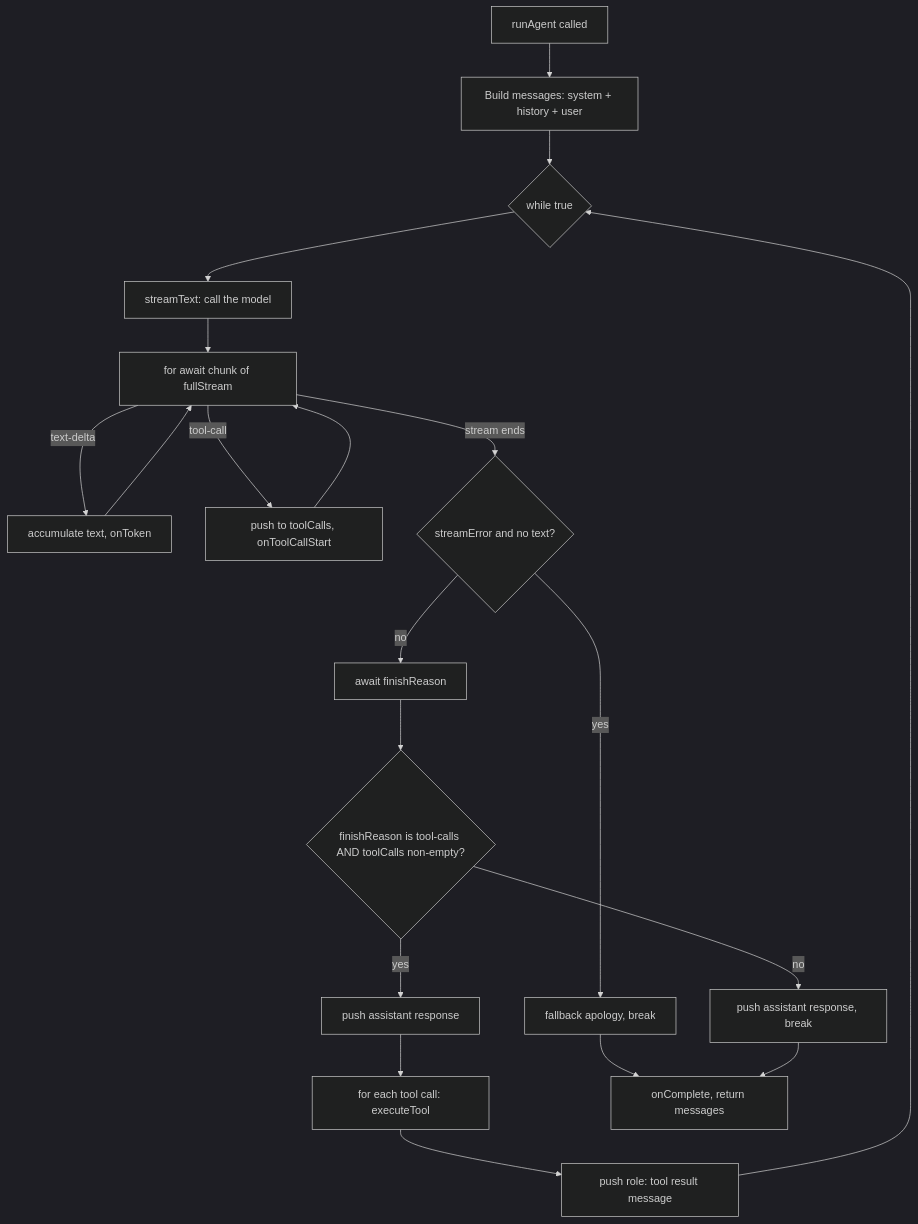
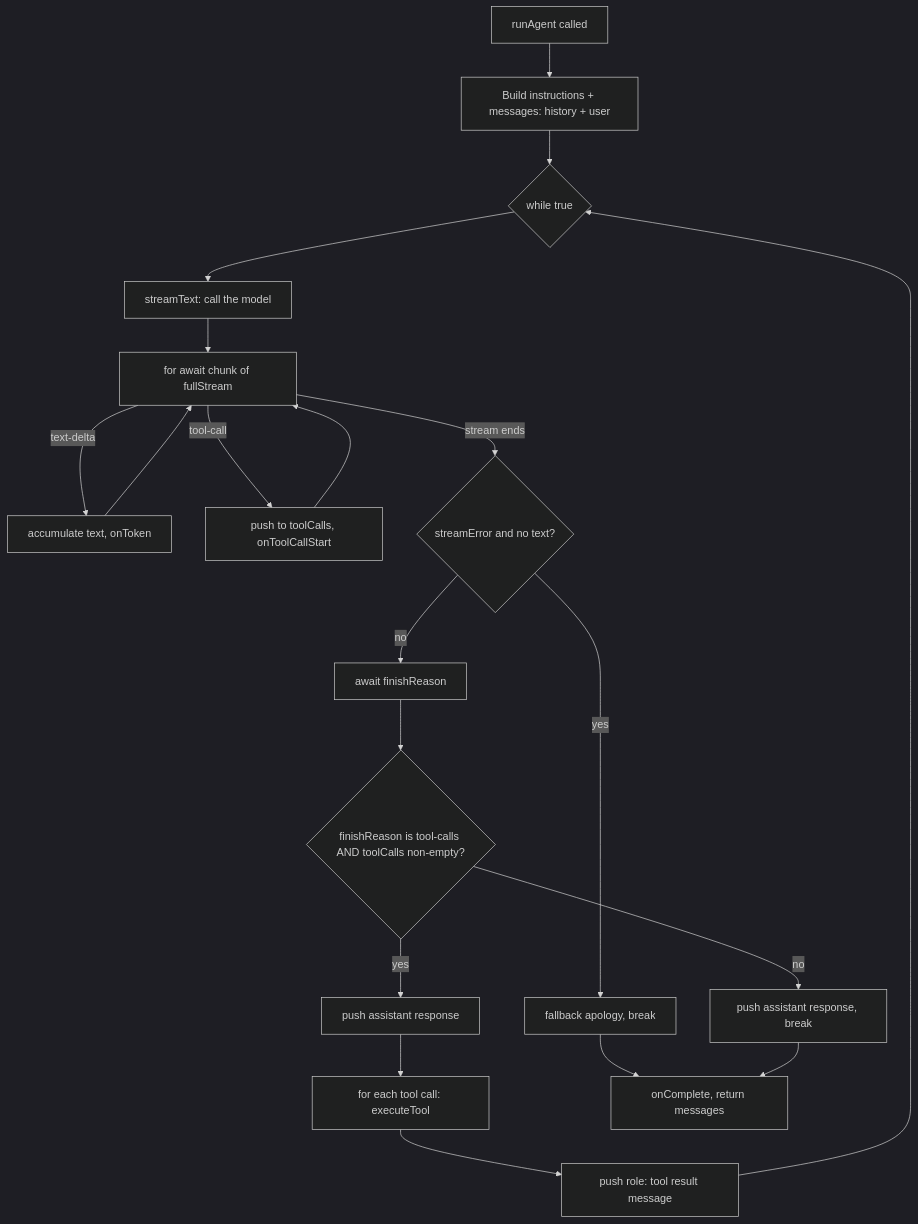
One commit to nitink2306/agents-v2-fem changed the diagram in src/agent/run.md. Above: the diagram before and after it, drawn with Mermaid (dark theme). The commit also changed other lines of this file and 7 other files, not shown here.

````diff
--- a/src/agent/run.md
+++ b/src/agent/run.md
@@ -20,22 +49,22 @@
 ```mermaid
 flowchart TD
-    A[runAgent called] --> B[Build messages: system + history + user]
+    A[runAgent called] --> B[Build instructions + messages: history + user]
     B --> C{while true}
     C --> D[streamText: call the model]
     D --> E[for await chunk of fullStream]
     E -->|text-delta| F[accumulate text, onToken]
     E -->|tool-call| G[push to toolCalls, onToolCallStart]
     F --> E
     G --> E
     E -->|stream ends| H{streamError and no text?}
     H -->|yes| I[fallback apology, break]
     H -->|no| J[await finishReason]
     J --> K{finishReason is tool-calls AND toolCalls non-empty?}
     K -->|no| L[push assistant response, break]
     K -->|yes| M[push assistant response]
     M --> N[for each tool call: executeTool]
     N --> O[push role: tool result message]
     O --> C
     I --> P[onComplete, return messages]
     L --> P
 ```
````
